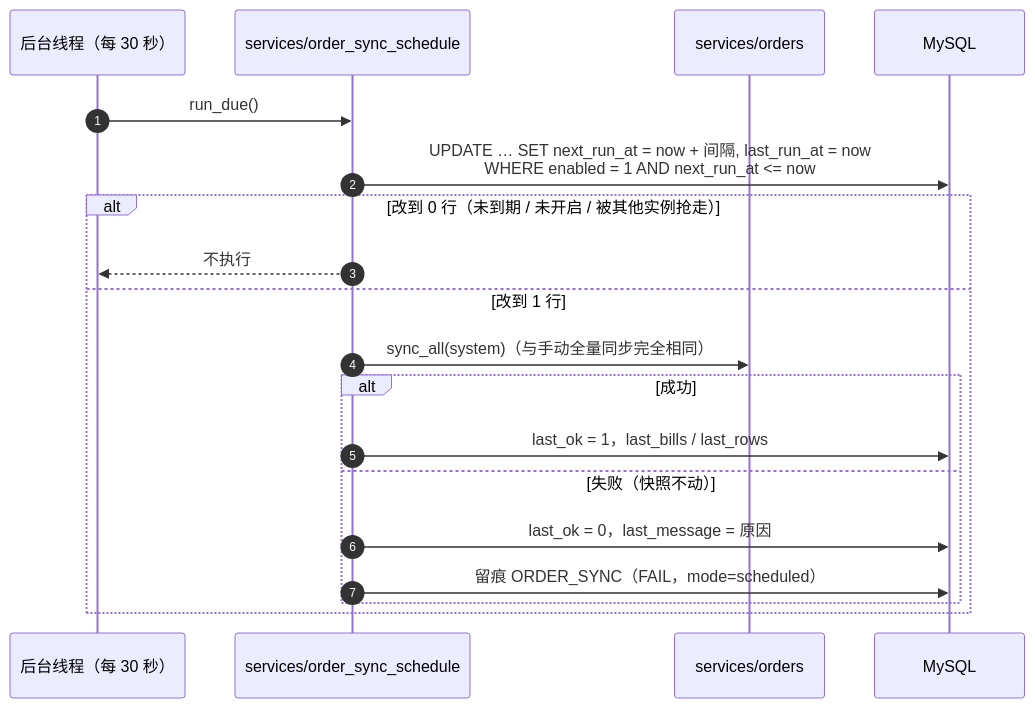
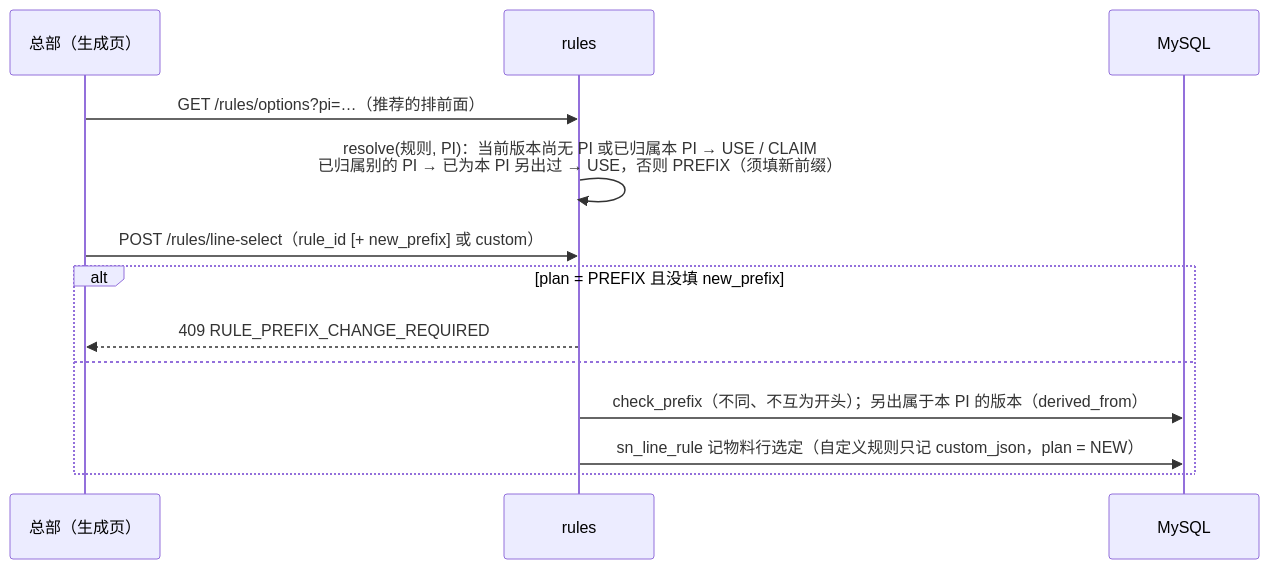
The sixth of 14 diagrams in docs/技术文档.md (Createsnow/sn-center), drawn with Mermaid before and after one commit. The commit also changed other lines of this file and 83 other files, not shown here.

````diff
--- a/docs/技术文档.md
+++ b/docs/技术文档.md
@@ -205,21 +304,15 @@
 ```mermaid
 sequenceDiagram
-    autonumber
-    participant T as 后台线程（每 30 秒）
-    participant S as services/order_sync_schedule
-    participant O as services/orders
+    participant U as 总部（生成页）
+    participant R as rules
     participant DB as MySQL
-    T->>S: run_due()
-    S->>DB: UPDATE … SET next_run_at = now + 间隔, last_run_at = now<br/>WHERE enabled = 1 AND next_run_at <= now
-    alt 改到 0 行（未到期 / 未开启 / 被其他实例抢走）
-        S-->>T: 不执行
-    else 改到 1 行
-        S->>O: sync_all(system)（与手动全量同步完全相同）
-        alt 成功
-            S->>DB: last_ok = 1，last_bills / last_rows
-        else 失败（快照不动）
-            S->>DB: last_ok = 0，last_message = 原因
-            S->>DB: 留痕 ORDER_SYNC（FAIL，mode=scheduled）
-        end
+    U->>R: GET /rules/options?pi=…（推荐的排前面）
+    R->>R: resolve(规则, PI)：当前版本尚无 PI 或已归属本 PI → USE / CLAIM<br/>已归属别的 PI → 已为本 PI 另出过 → USE，否则 PREFIX（须填新前缀）
+    U->>R: POST /rules/line-select（rule_id [+ new_prefix] 或 custom）
+    alt plan = PREFIX 且没填 new_prefix
+        R-->>U: 409 RULE_PREFIX_CHANGE_REQUIRED
+    else
+        R->>DB: check_prefix（不同、不互为开头）；另出属于本 PI 的版本（derived_from）
+        R->>DB: sn_line_rule 记物料行选定（自定义规则只记 custom_json，plan = NEW）
     end
 ```
````
